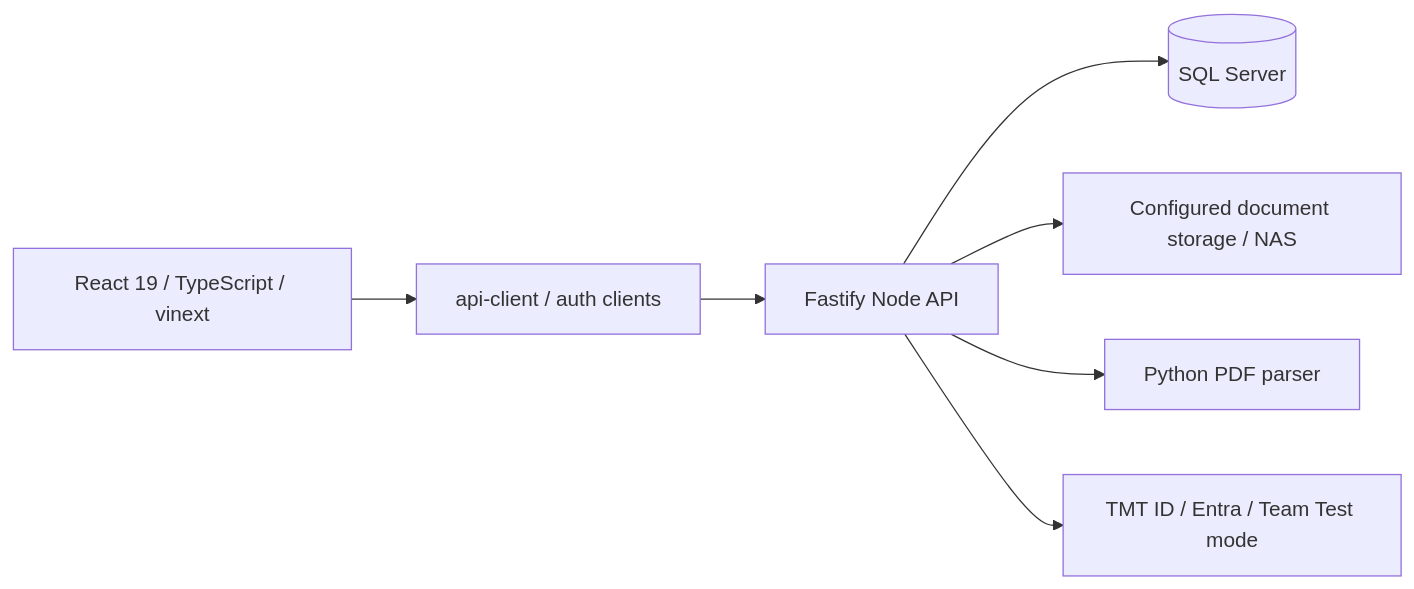
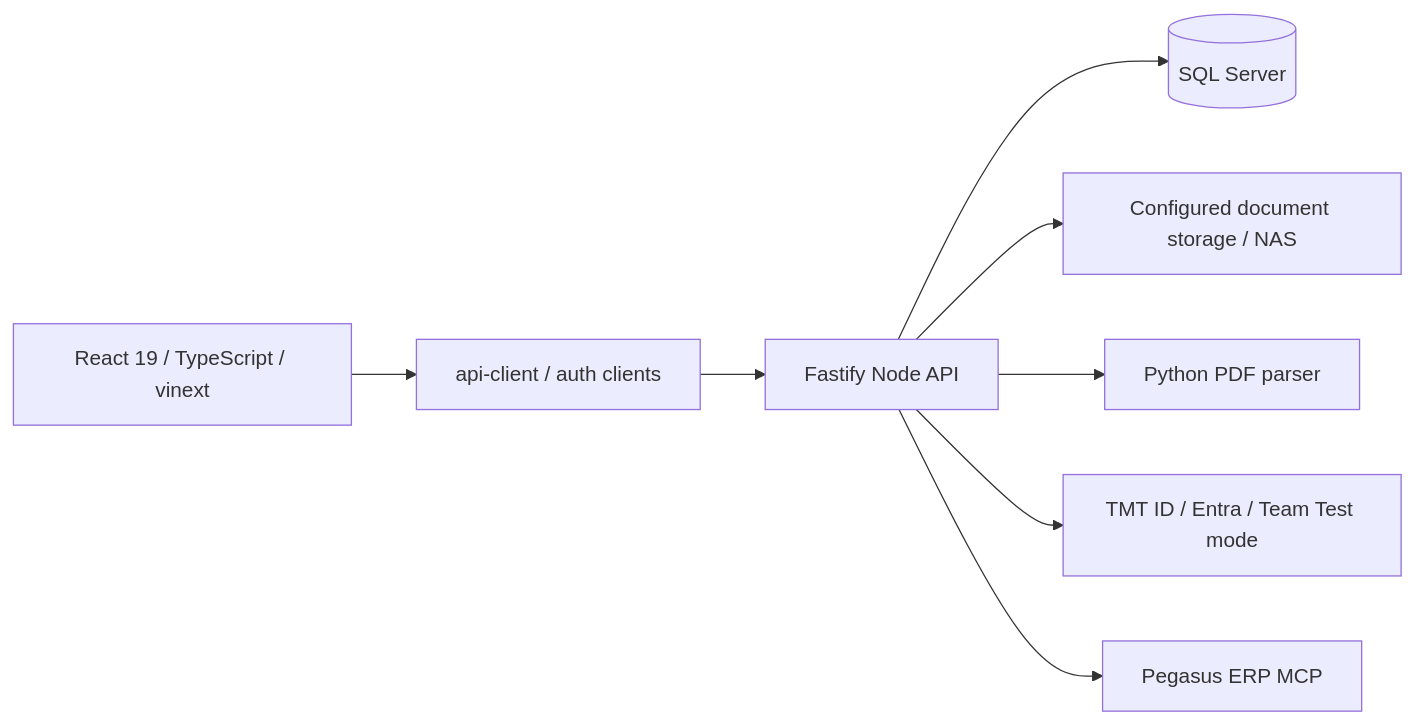
The diagram in docs/context/ARCHITECTURE.md (nattapol-iot/TOMAS-TECH-Application-center), drawn with Mermaid before and after one commit. The commit also changed other lines of this file and 101 other files, not shown here.

First line of the commit message:
docs(context): record the Pegasus ERP interface in the project context

````diff
--- a/docs/context/ARCHITECTURE.md
+++ b/docs/context/ARCHITECTURE.md
@@ -7,9 +7,10 @@
 ```mermaid
 flowchart LR
   UI[React 19 / TypeScript / vinext] --> Client[api-client / auth clients]
   Client --> API[Fastify Node API]
   API --> SQL[(SQL Server)]
   API --> Storage[Configured document storage / NAS]
   API --> Parser[Python PDF parser]
   API --> Identity[TMT ID / Entra / Team Test mode]
+  API --> ERP[Pegasus ERP MCP]
 ```
````
